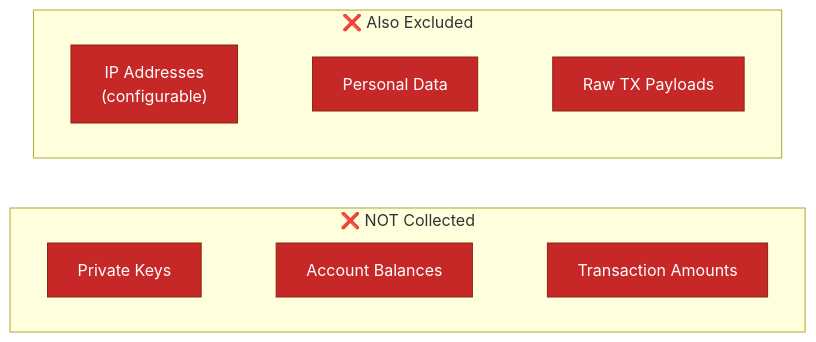
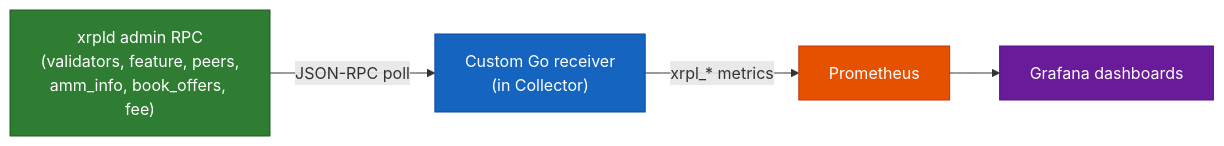
One commit to XRPLF/rippled changed the sixth of 6 diagrams in OpenTelemetryPlan/presentation.md. Above: the diagram before and after it, drawn with Mermaid. The commit also changed other lines of this file, not shown here.

````diff
--- a/OpenTelemetryPlan/presentation.md
+++ b/OpenTelemetryPlan/presentation.md
@@ -632,19 +358,11 @@
 ```mermaid
 flowchart LR
-    subgraph notCollected["❌ NOT Collected"]
-        direction LR
-        A["Private Keys"] ~~~ B["Account Balances"] ~~~ C["Transaction Amounts"]
-    end
+    rpc["xrpld admin RPC<br/>(validators, feature, peers,<br/>amm_info, book_offers, fee)"] -->|JSON-RPC poll| recv["Custom Go receiver<br/>(in Collector)"]
+    recv -->|xrpl_* metrics| prom["Prometheus"]
+    prom --> graf["Grafana dashboards"]
 
-    subgraph alsoNot["❌ Also Excluded"]
-        direction LR
-        D["IP Addresses<br/>(configurable)"] ~~~ E["Personal Data"] ~~~ F["Raw TX Payloads"]
-    end
-
-    style A fill:#c62828,stroke:#8c2809,color:#fff
-    style B fill:#c62828,stroke:#8c2809,color:#fff
-    style C fill:#c62828,stroke:#8c2809,color:#fff
-    style D fill:#c62828,stroke:#8c2809,color:#fff
-    style E fill:#c62828,stroke:#8c2809,color:#fff
-    style F fill:#c62828,stroke:#8c2809,color:#fff
+    style rpc fill:#2e7d32,stroke:#1b5e20,color:#fff
+    style recv fill:#1565c0,stroke:#0d47a1,color:#fff
+    style prom fill:#e65100,stroke:#bf360c,color:#fff
+    style graf fill:#6a1b9a,stroke:#4a148c,color:#fff
 ```
````
